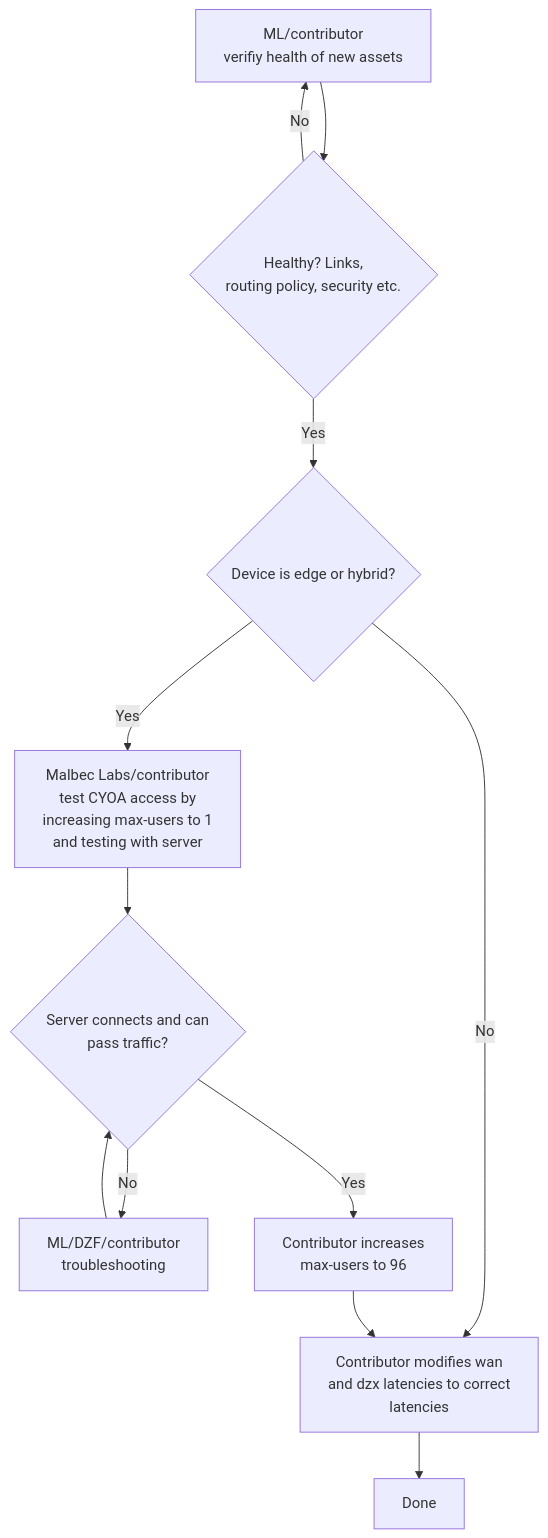
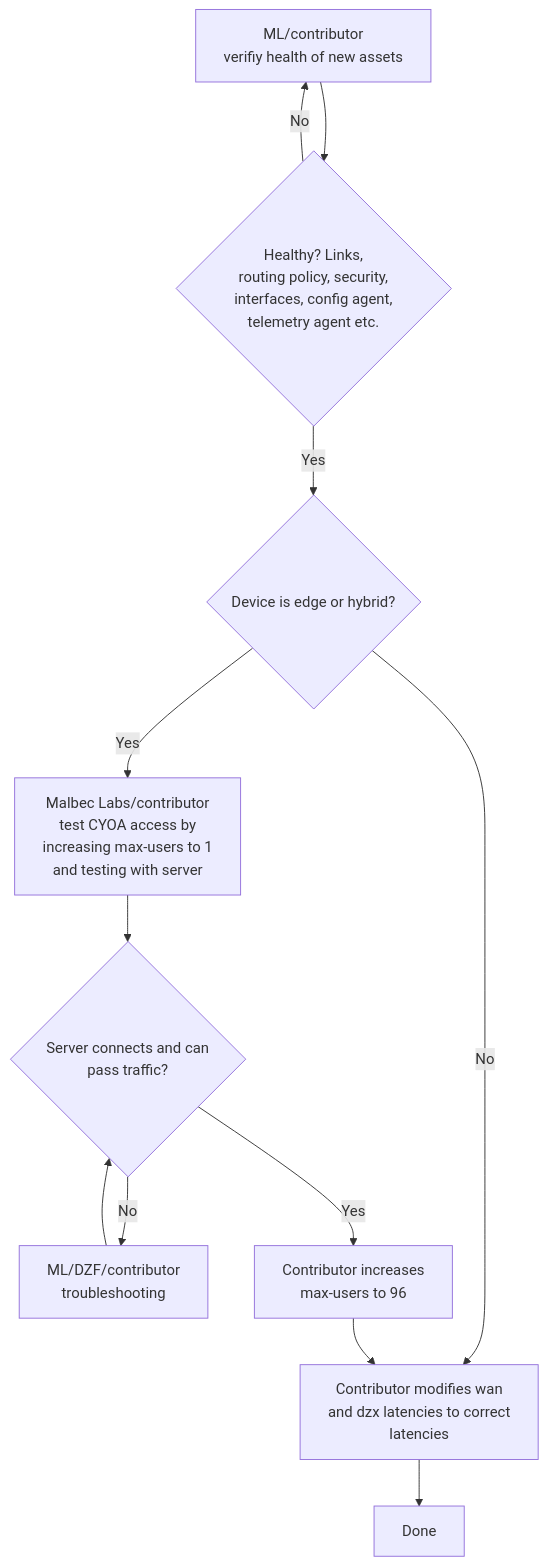
The third of 3 diagrams in rfcs/rfcX-network-provisioning.md (malbeclabs/doublezero), drawn with Mermaid before and after one commit. The commit also changed other lines of this file, not shown here.

````diff
--- a/rfcs/rfcX-network-provisioning.md
+++ b/rfcs/rfcX-network-provisioning.md
@@ -99,16 +99,16 @@
 ```mermaid
 %%{init: {"themeVariables": {"fontSize": "16px"}, "flowchart": {"curve": "basis", "htmlLabels": true}, "scale": 1.5}}%%
 flowchart TD
   O[ML/contributor<br>verifiy health of new assets]
-  O --> P{Healthy? Links,<br> routing policy, security etc.}
+  O --> P{Healthy? Links,<br> routing policy, security,<br>interfaces, config agent,<br>telemetry agent etc.}
   P -- No --> O
   P -- Yes --> Q{Device is edge or hybrid?}
   Q -- No --> U
   Q -- Yes --> R[Malbec Labs/contributor<br> test CYOA access by<br> increasing max-users to 1<br> and testing with server]
   R --> S{Server connects and can<br> pass traffic?}
   S -- No --> S.1[ML/DZF/contributor<br> troubleshooting]
   S.1 --> S
   S -- Yes --> T[Contributor increases<br> max-users to 96]
   T --> U[Contributor modifies wan<br> and dzx latencies to correct<br>latencies]
   U --> Z[Done]
 ```
````
